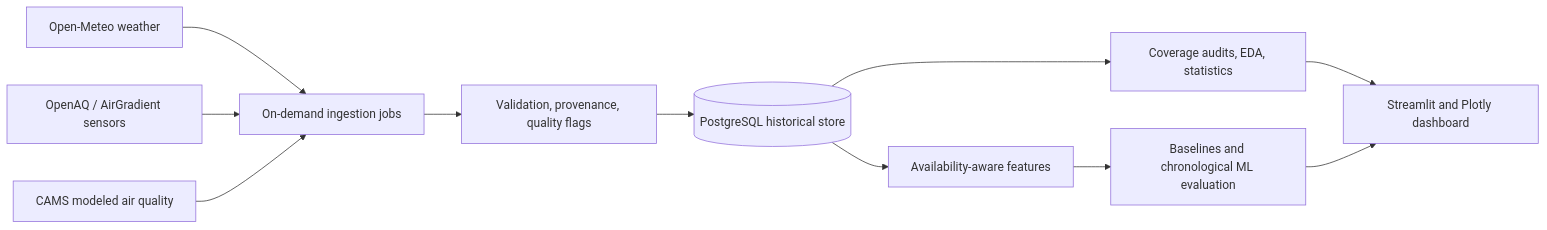
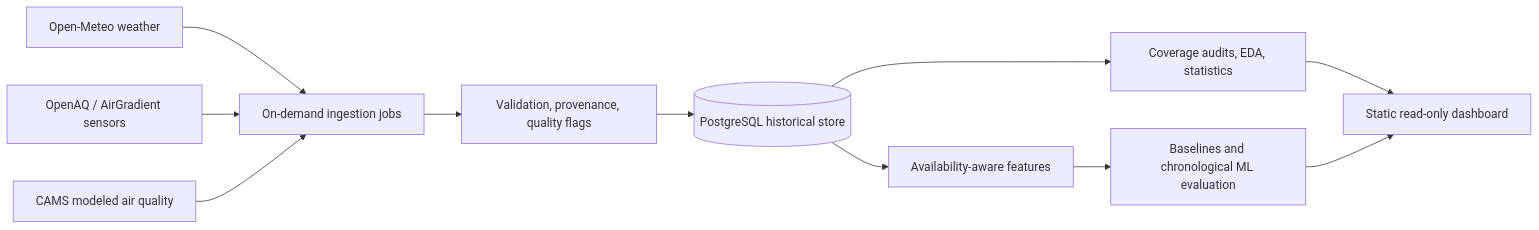
One commit to Jackhamerp24/Vietnam-Weather-Air-Quality-Analytics changed the diagram in README.md. Above: the diagram before and after it, drawn with Mermaid. The commit also changed other lines of this file and 64 other files, not shown here.

````diff
--- a/README.md
+++ b/README.md
@@ -243,13 +317,13 @@
 ```mermaid
 flowchart LR
     W[Open-Meteo weather] --> I[On-demand ingestion jobs]
     O[OpenAQ / AirGradient sensors] --> I
     C[CAMS modeled air quality] --> I
     I --> V[Validation, provenance, quality flags]
     V --> D[(PostgreSQL historical store)]
     D --> A[Coverage audits, EDA, statistics]
     D --> F[Availability-aware features]
     F --> M[Baselines and chronological ML evaluation]
-    A --> U[Streamlit and Plotly dashboard]
+    A --> U[Static read-only dashboard]
     M --> U
 ```
````
